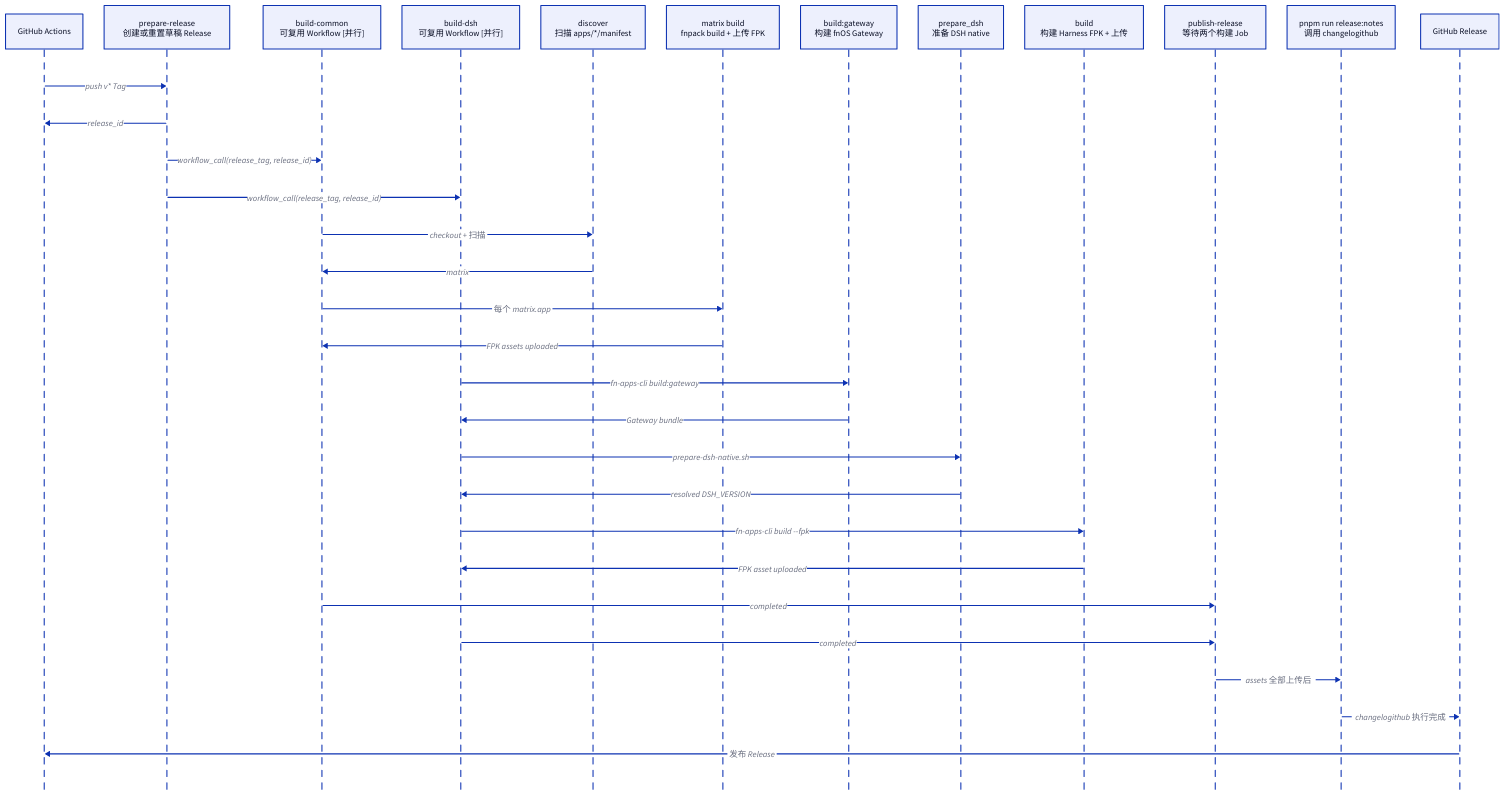
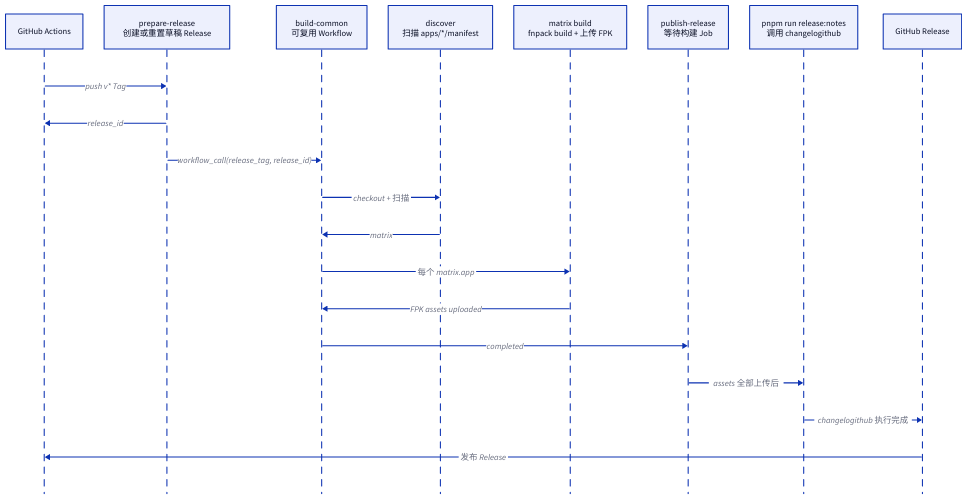
Before and after one commit to tnnevol/fn-os-apps: the second of 4 diagrams in docs/development/github-workflows.md, drawn with D2. The commit also changed other lines of this file and 504 other files, not shown here.

First line of the commit message:
refactor(dsh): drop DeepSeek Harness app, plugins and docs

````diff
--- a/docs/development/github-workflows.md
+++ b/docs/development/github-workflows.md
@@ -59,36 +55,24 @@
 ```d2
 shape: sequence_diagram
 
 github: GitHub Actions
 prepare: "prepare-release\n创建或重置草稿 Release"
-common: "build-common\n可复用 Workflow [并行]"
-dsh: "build-dsh\n可复用 Workflow [并行]"
+common: "build-common\n可复用 Workflow"
 discover: "discover\n扫描 apps/*/manifest"
 commonBuild: "matrix build\nfnpack build + 上传 FPK"
-gateway: "build:gateway\n构建 fnOS Gateway"
-native: "prepare_dsh\n准备 DSH native"
-dshBuild: "build\n构建 Harness FPK + 上传"
-publish: "publish-release\n等待两个构建 Job"
+publish: "publish-release\n等待构建 Job"
 notes: "pnpm run release:notes\n调用 changelogithub"
 release: GitHub Release
 
 github -> prepare: push v* Tag
 prepare -> github: release_id
 prepare -> common: workflow_call(release_tag, release_id)
-prepare -> dsh: workflow_call(release_tag, release_id)
 common -> discover: checkout + 扫描
 discover -> common: matrix
 common -> commonBuild: 每个 matrix.app
 commonBuild -> common: FPK assets uploaded
-dsh -> gateway: fn-apps-cli build:gateway
-gateway -> dsh: Gateway bundle
-dsh -> native: prepare-dsh-native.sh
-native -> dsh: resolved DSH_VERSION
-dsh -> dshBuild: fn-apps-cli build --fpk
-dshBuild -> dsh: FPK asset uploaded
 common -> publish: completed
-dsh -> publish: completed
 publish -> notes: assets 全部上传后
 notes -> release: changelogithub 执行完成
 release -> github: 发布 Release
 ```
````
